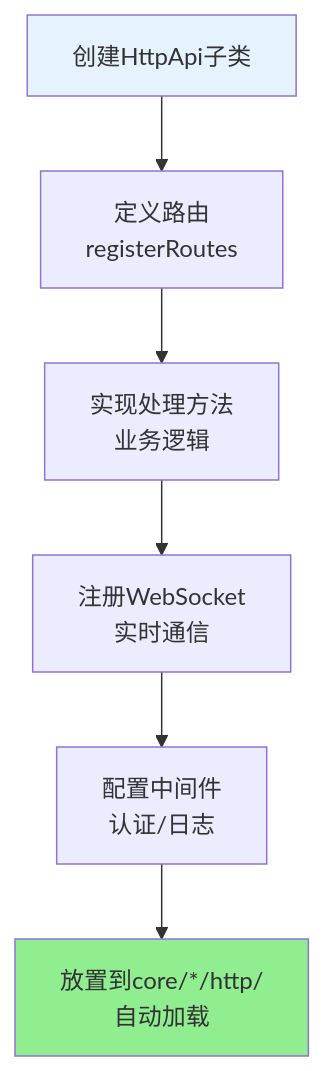
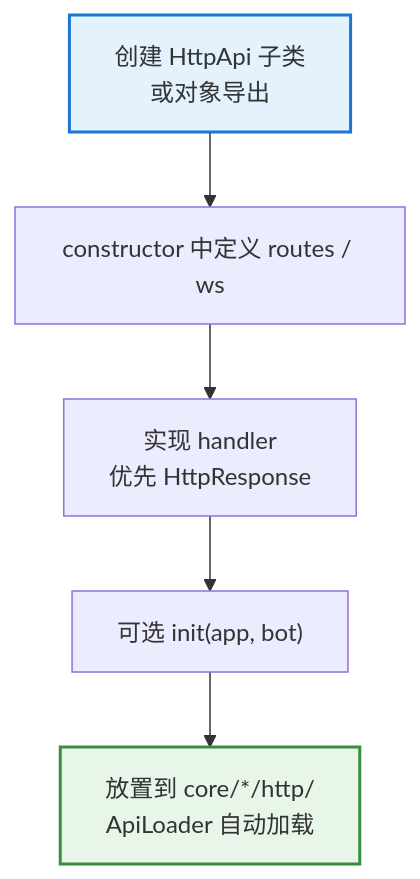
Before and after one commit to sunflowermm/XRK-AGT: the sixth of 9 diagrams in docs/框架可扩展性指南.md, drawn with Mermaid. The commit also changed other lines of this file and 31 other files, not shown here.

````diff
--- a/docs/框架可扩展性指南.md
+++ b/docs/框架可扩展性指南.md
@@ -554,11 +555,10 @@
 ```mermaid
 flowchart TB
-    A["创建HttpApi子类"] --> B["定义路由<br/>registerRoutes"]
-    B --> C["实现处理方法<br/>业务逻辑"]
-    C --> D["注册WebSocket<br/>实时通信"]
-    D --> E["配置中间件<br/>认证/日志"]
-    E --> F["放置到core/*/http/<br/>自动加载"]
+    A["创建 HttpApi 子类<br/>或对象导出"] --> B["constructor 中定义 routes / ws"]
+    B --> C["实现 handler<br/>优先 HttpResponse"]
+    C --> D["可选 init(app, bot)"]
+    D --> E["放置到 core/*/http/<br/>ApiLoader 自动加载"]
     
-    style A fill:#E6F3FF
-    style F fill:#90EE90
+    style A fill:#E3F2FD,stroke:#1976D2,stroke-width:2px
+    style E fill:#E8F5E9,stroke:#388E3C,stroke-width:2px
 ```
````
